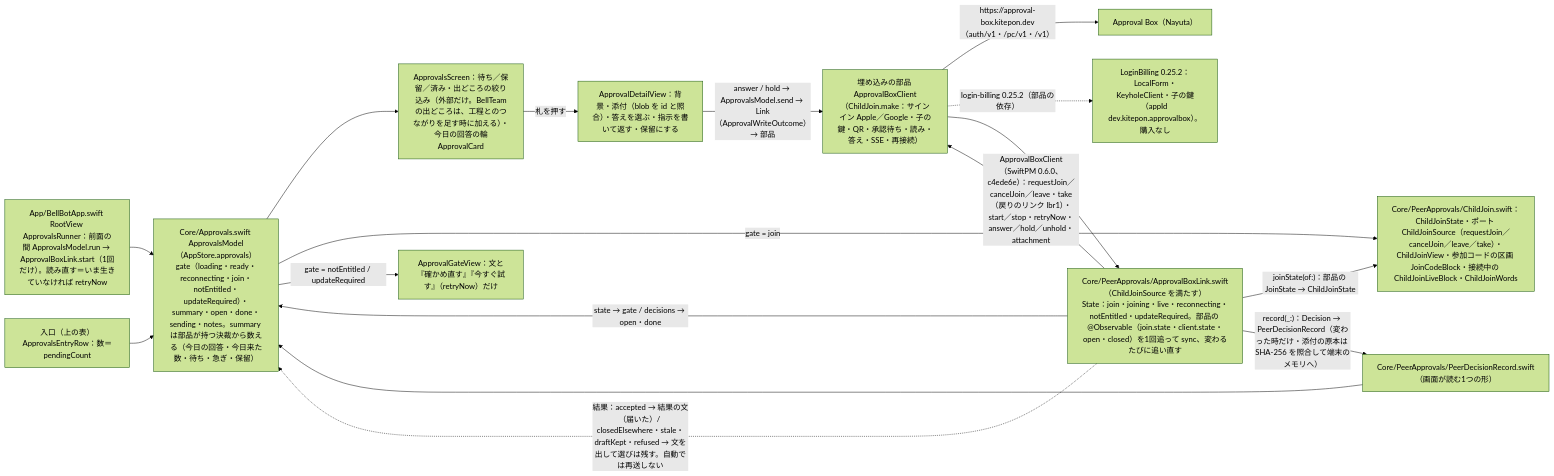
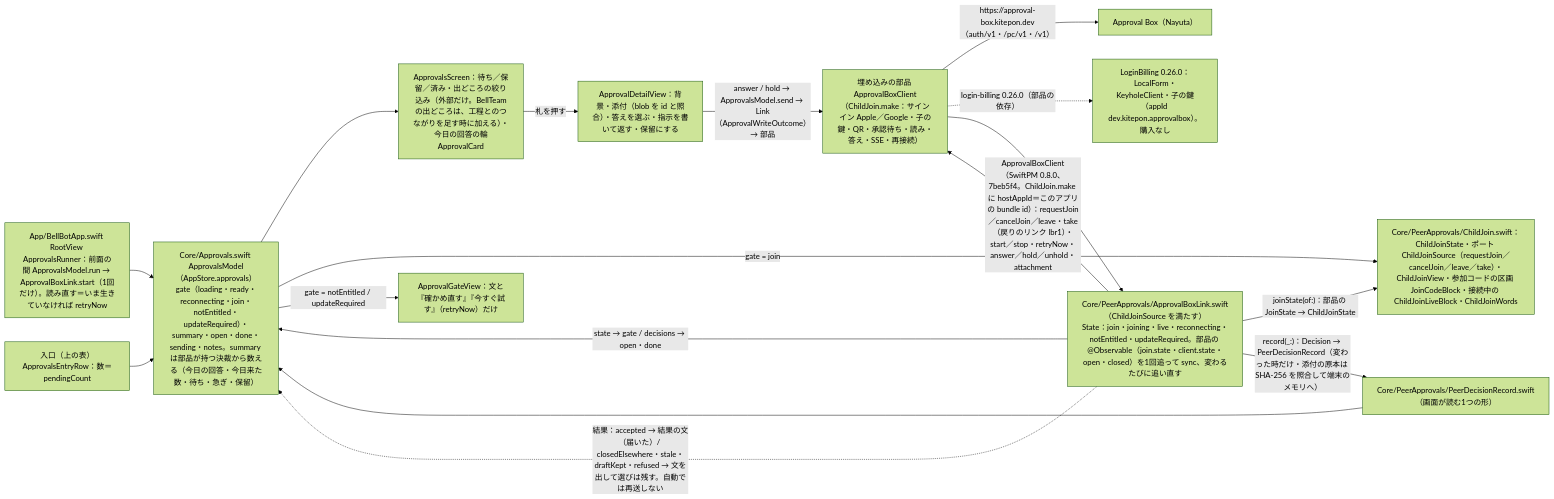
One commit to kitepon/BellTeam changed the diagram in docs/architecture/modules/apple/approvals.md. Above: the diagram before and after it, drawn with Mermaid (forest theme). The commit also changed other lines of this file and 9 other files, not shown here.

Commit message:
Apple 204: ApprovalBoxClient 0.8.0 + login-billing 0.26.0, return link comes back to BellTeam (a540-rc-apple-204)

````diff
--- a/docs/architecture/modules/apple/approvals.md
+++ b/docs/architecture/modules/apple/approvals.md
@@ -17,21 +17,21 @@
 ```mermaid
 flowchart LR
   Run["App/BellBotApp.swift RootView ApprovalsRunner：前面の間 ApprovalsModel.run → ApprovalBoxLink.start（1回だけ）。読み直す＝いま生きていなければ retryNow"] --> Model
   Entry["入口（上の表）ApprovalsEntryRow：数＝pendingCount"] --> Model
   Model["Core/Approvals.swift ApprovalsModel（AppStore.approvals）<br/>gate（loading・ready・reconnecting・join・notEntitled・updateRequired）・summary・open・done・sending・notes。summary は部品が持つ決裁から数える（今日の回答・今日来た数・待ち・急ぎ・保留）"]
   Link["Core/PeerApprovals/ApprovalBoxLink.swift（ChildJoinSource を満たす）<br/>State：join・joining・live・reconnecting・notEntitled・updateRequired。部品の @Observable（join.state・client.state・open・closed）を1回追って sync、変わるたびに追い直す"]
   Link -->|"state → gate / decisions → open・done"| Model
-  Link -->|"ApprovalBoxClient（SwiftPM 0.6.0、c4ede6e）：requestJoin／cancelJoin／leave・take（戻りのリンク lbr1）・start／stop・retryNow・answer／hold／unhold・attachment"| Comp["埋め込みの部品 ApprovalBoxClient（ChildJoin.make：サインイン Apple／Google・子の鍵・QR・承認待ち・読み・答え・SSE・再接続）"]
+  Link -->|"ApprovalBoxClient（SwiftPM 0.8.0、7beb5f4。ChildJoin.make に hostAppId＝このアプリの bundle id）：requestJoin／cancelJoin／leave・take（戻りのリンク lbr1）・start／stop・retryNow・answer／hold／unhold・attachment"| Comp["埋め込みの部品 ApprovalBoxClient（ChildJoin.make：サインイン Apple／Google・子の鍵・QR・承認待ち・読み・答え・SSE・再接続）"]
   Comp -->|"https://approval-box.kitepon.dev（auth/v1・/pc/v1・/v1）"| AB["Approval Box（Nayuta）"]
-  Comp -.->|"login-billing 0.25.2（部品の依存）"| LB["LoginBilling 0.25.2：LocalForm・KeyholeClient・子の鍵（appId dev.kitepon.approvalbox）。購入なし"]
+  Comp -.->|"login-billing 0.26.0（部品の依存）"| LB["LoginBilling 0.26.0：LocalForm・KeyholeClient・子の鍵（appId dev.kitepon.approvalbox）。購入なし"]
   Comp --> Link
   Link -->|"joinState(of:)：部品の JoinState → ChildJoinState"| CJ["Core/PeerApprovals/ChildJoin.swift：ChildJoinState・ポート ChildJoinSource（requestJoin／cancelJoin／leave／take）・ChildJoinView・参加コードの区画 JoinCodeBlock・接続中の ChildJoinLiveBlock・ChildJoinWords"]
   Link -->|"record(_:)：Decision → PeerDecisionRecord（変わった時だけ・添付の原本は SHA-256 を照合して端末のメモリへ）"| Rec["Core/PeerApprovals/PeerDecisionRecord.swift（画面が読む1つの形）"]
   Rec --> Model
   Model --> Screen["ApprovalsScreen：待ち／保留／済み・出どころの絞り込み（外部だけ。BellTeamの出どころは、工程とのつながりを足す時に加える）・今日の回答の輪<br/>ApprovalCard"]
   Screen -->|"札を押す"| Detail["ApprovalDetailView：背景・添付（blob を id と照合）・答えを選ぶ・指示を書いて返す・保留にする"]
   Detail -->|"answer / hold → ApprovalsModel.send → Link（ApprovalWriteOutcome）→ 部品"| Comp
   Link -.->|"結果：accepted → 結果の文（届いた）/ closedElsewhere・stale・draftKept・refused → 文を出して選びは残す。自動では再送しない"| Model
   Model -->|"gate = join"| CJ
   Model -->|"gate = notEntitled / updateRequired"| GateView["ApprovalGateView：文と『確かめ直す』『今すぐ試す』（retryNow）だけ"]
 ```
````
